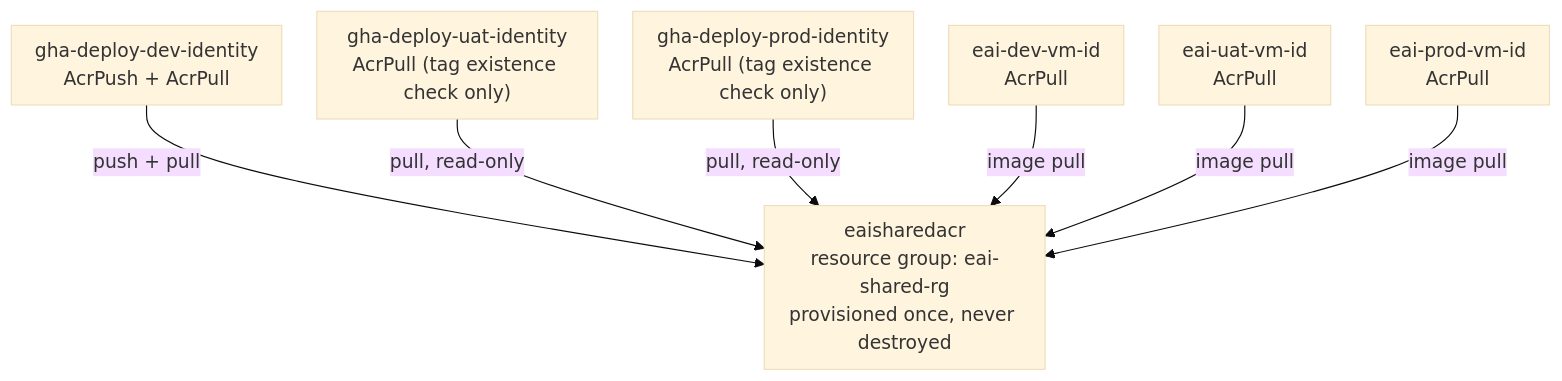
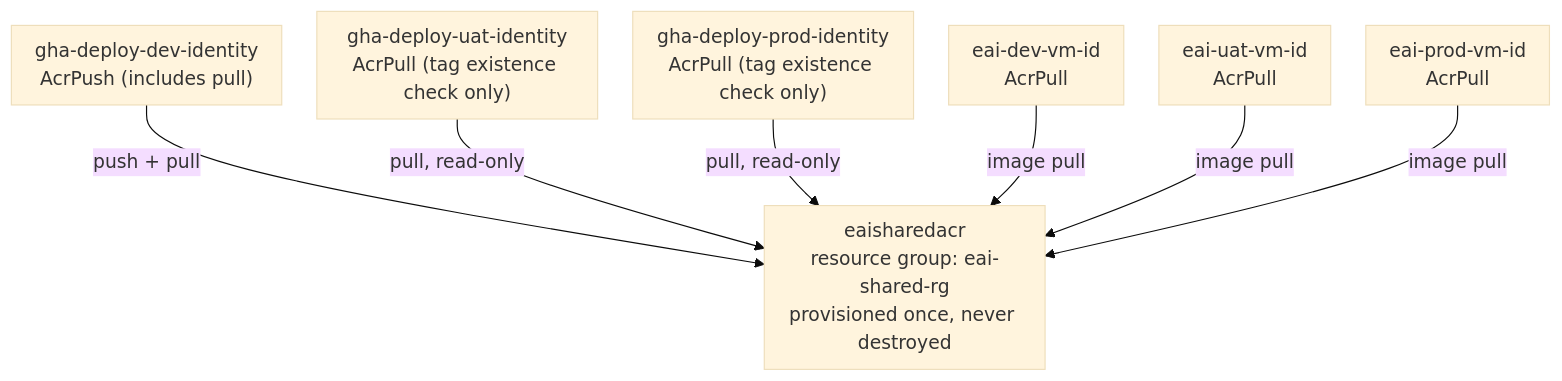
Before and after one commit to nikmar0808/enterprise-integration-azure: the third of 6 diagrams in docs/ARCHITECTURE_AZURE.md, drawn with Mermaid. The commit also changed other lines of this file and 10 other files, not shown here.

````diff
--- a/docs/ARCHITECTURE_AZURE.md
+++ b/docs/ARCHITECTURE_AZURE.md
@@ -155,18 +155,18 @@
 ```mermaid
 %%{init: {"theme":"base","themeVariables":{"fontFamily":"Arial","fontSize":"16px"},"flowchart":{"nodeSpacing":30,"rankSpacing":50,"padding":10}}}%%
 flowchart TB
     ACR["eaisharedacr\nresource group: eai-shared-rg\nprovisioned once, never destroyed"]
-    GHAdev["gha-deploy-dev-identity\nAcrPush + AcrPull"]
+    GHAdev["gha-deploy-dev-identity\nAcrPush (includes pull)"]
     GHAuat["gha-deploy-uat-identity\nAcrPull (tag existence check only)"]
     GHAprod["gha-deploy-prod-identity\nAcrPull (tag existence check only)"]
     VMdID["eai-dev-vm-id\nAcrPull"]
     VMuID["eai-uat-vm-id\nAcrPull"]
     VMpID["eai-prod-vm-id\nAcrPull"]
 
     GHAdev -->|push + pull| ACR
     GHAuat -->|pull, read-only| ACR
     GHAprod -->|pull, read-only| ACR
     VMdID -->|image pull| ACR
     VMuID -->|image pull| ACR
     VMpID -->|image pull| ACR
 ```
````
